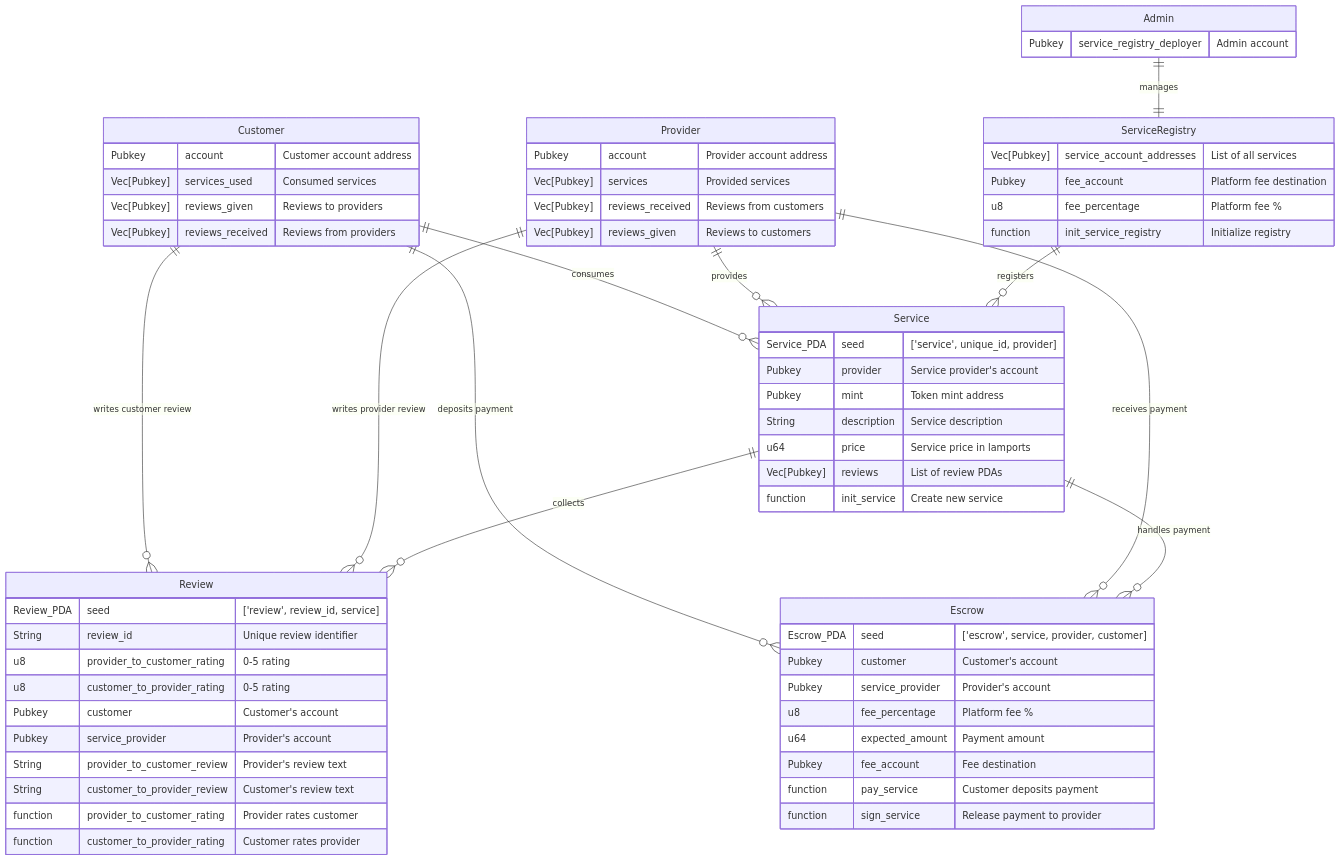
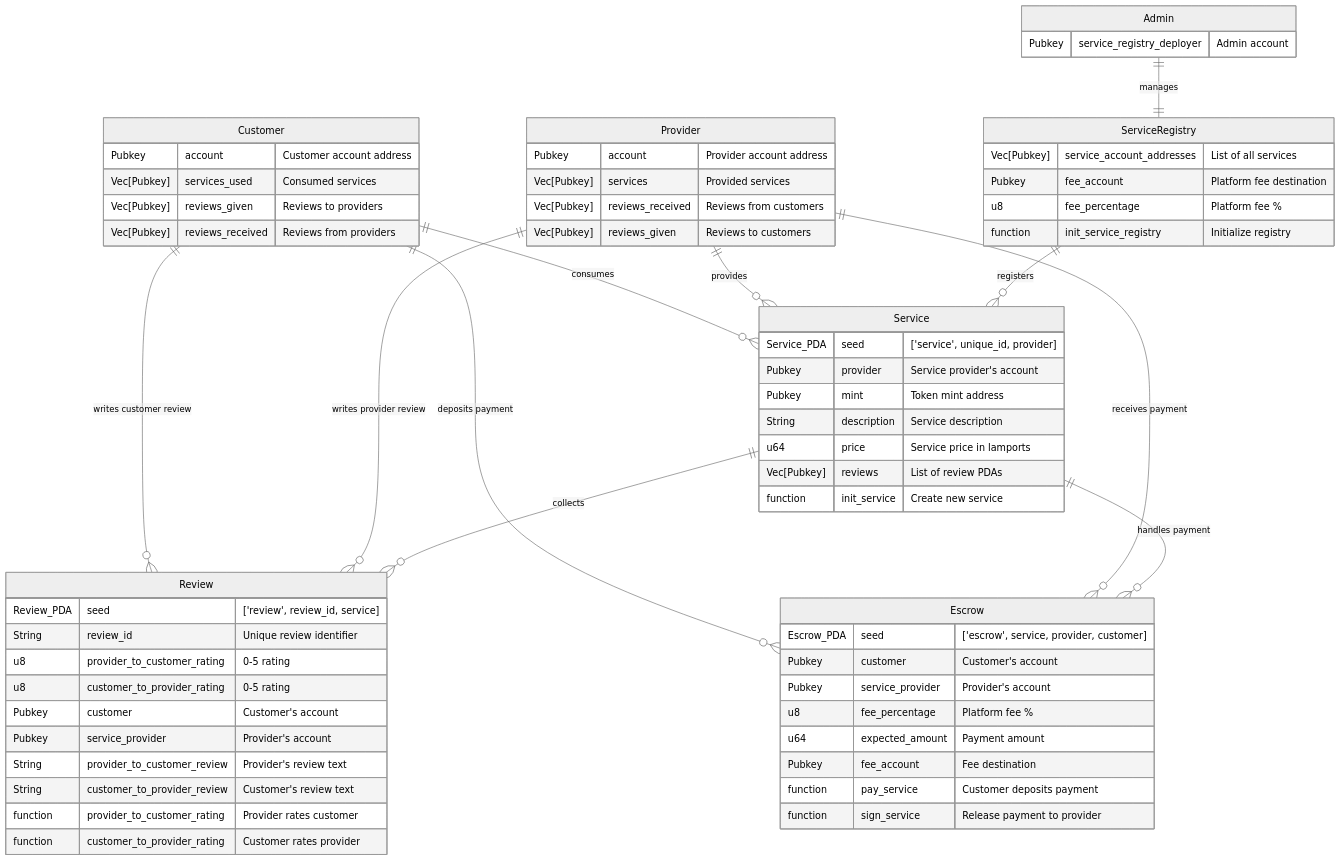
The first of 3 diagrams in README.md (Gigentic/gigentic-frontend), drawn with Mermaid before and after one commit. The commit also changed other lines of this file, not shown here.

Commit message:
Update mermaid colors

````diff
--- a/README.md
+++ b/README.md
@@ -33,16 +33,17 @@
 ```mermaid
 %%{init: {
-  "theme": "default",
+  "theme": "neutral",
   "themeCSS": [
-    ".er.relationshipLabel { fill: black; }",
-    ".er.relationshipLabelBox { fill: white; }",
-    ".er.entityBox { fill: lightgray; }",
-    "[id^=entity-Customer] .er.entityBox { fill: lightgreen;} ",
-    "[id^=entity-Provider] .er.entityBox { fill: lightgreen;} ",
-    "[id^=entity-ServiceRegistry] .er.entityBox { fill: powderblue;} ",
-    "[id^=entity-Service] .er.entityBox { fill: powderblue;} ",
-    "[id^=entity-Escrow] .er.entityBox { fill: powderblue;} ",
-    "[id^=entity-Review] .er.entityBox { fill: powderblue;} "
+    ".er.relationshipLabel { fill: #2D3748; }",
+    ".er.relationshipLabelBox { fill: #EDF2F7; }",
+    ".er.entityBox { fill: #E2E8F0; stroke: #4A5568; }",
+    "[id^=entity-Customer] .er.entityBox { fill: #9AE6B4; stroke: #2F855A; }",
+    "[id^=entity-Provider] .er.entityBox { fill: #9AE6B4; stroke: #2F855A; }",
+    "[id^=entity-ServiceRegistry] .er.entityBox { fill: #90CDF4; stroke: #2B6CB0; }",
+    "[id^=entity-Service] .er.entityBox { fill: #90CDF4; stroke: #2B6CB0; }",
+    "[id^=entity-Escrow] .er.entityBox { fill: #90CDF4; stroke: #2B6CB0; }",
+    "[id^=entity-Review] .er.entityBox { fill: #90CDF4; stroke: #2B6CB0; }",
+    ".er.entityLabel { fill: #1A202C; }"
     ]
 }}%%
 
````
